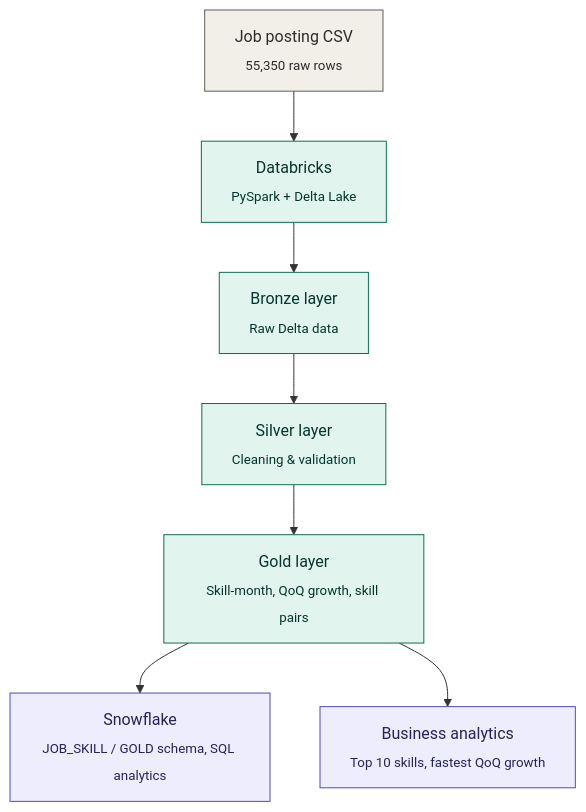
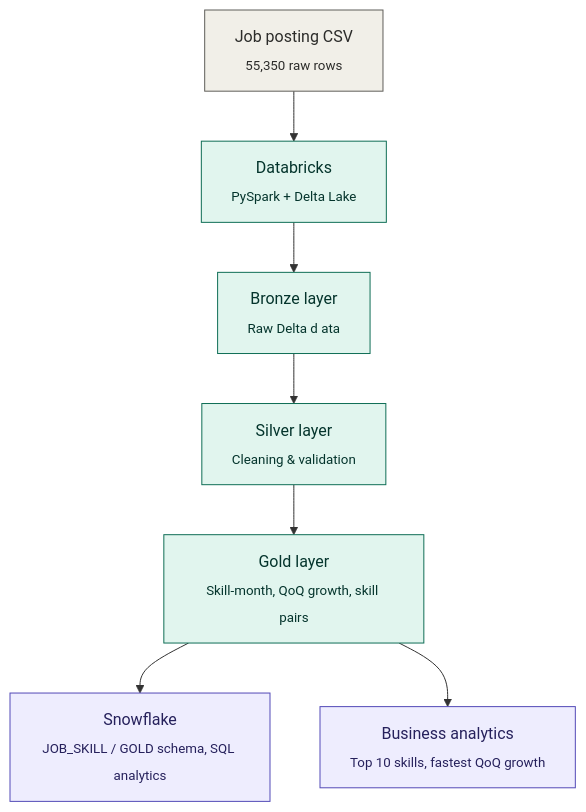
The diagram in architecture.md (AnannyaDash7/SkillDemand360), drawn with Mermaid before and after one commit.

Commit message:
architecture.md

````diff
--- a/architecture.md
+++ b/architecture.md
@@ -3,17 +3,17 @@
 ```mermaid
 flowchart TD
     A["Job posting CSV<br/><sub>55,350 raw rows</sub>"] --> B["Databricks<br/><sub>PySpark + Delta Lake</sub>"]
-    B --> C["Bronze layer<br/><sub>Raw Delta data</sub>"]
-    C --> D["Silver layer<br/><sub>Cleaning & validation</sub>"]
+    B --> C["Bronze layer<br/><sub>Raw Delta d ata</sub>"]
+    C --> D["Silver layer<br/><sub>Cleaning &  validation</sub>"]
     D --> E["Gold layer<br/><sub>Skill-month, QoQ growth, skill pairs</sub>"]
     E --> F["Snowflake<br/><sub>JOB_SKILL / GOLD schema, SQL analytics</sub>"]
     E --> G["Business analytics<br/><sub>Top 10 skills, fastest QoQ growth</sub>"]
 
     classDef source fill:#F1EFE8,stroke:#5F5E5A,color:#2C2C2A;
     classDef pipeline fill:#E1F5EE,stroke:#0F6E56,color:#04342C;
     classDef output fill:#EEEDFE,stroke:#534AB7,color:#26215C;
 
     class A source;
     class B,C,D,E pipeline;
     class F,G output;
 ```
````
